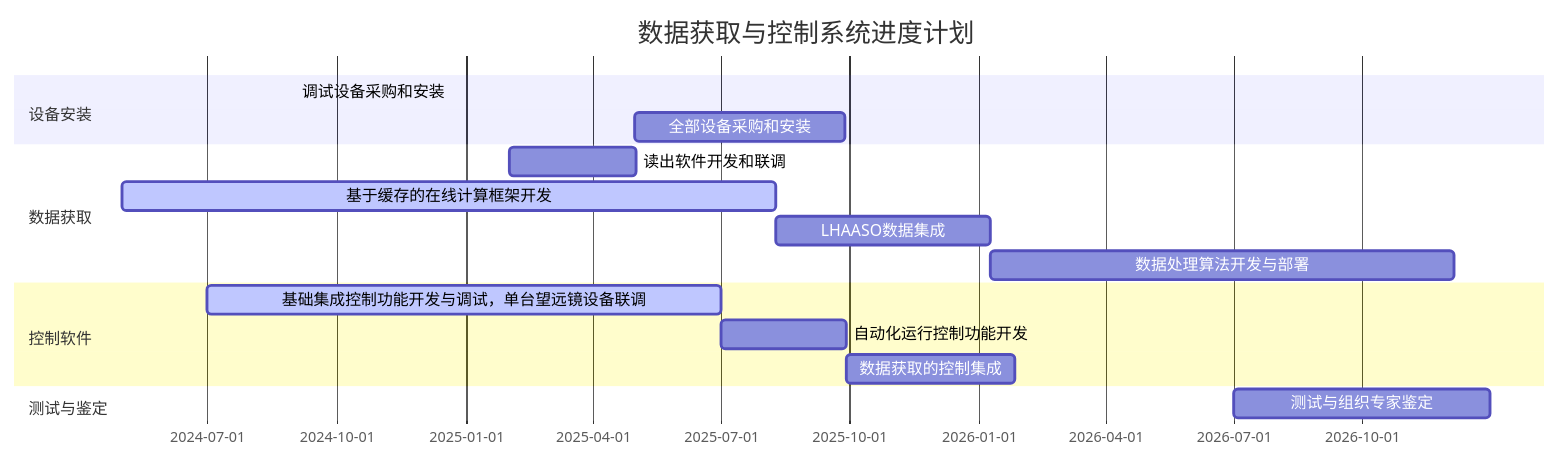
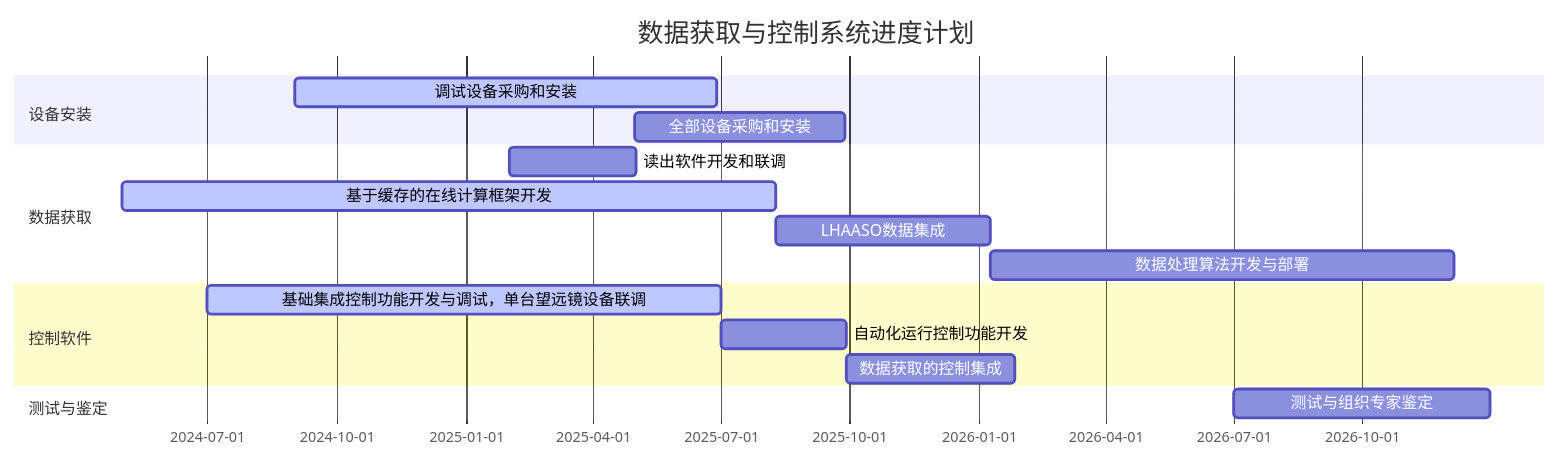
One commit to gumh/iodraw-files changed the diagram in all/未命名-1.md. Above: the diagram before and after it, drawn with Mermaid.

Commit message:
2025-01-19 14:01:07 update

````diff
--- a/all/未命名-1.md
+++ b/all/未命名-1.md
@@ -1,21 +1,21 @@
 ```mermaid
 gantt
     title 数据获取与控制系统进度计划
     dateFormat YYYY-MM-DD
     todayMarker stroke-width:5px,stroke:#0f0,opacity:0.5
     
     section 设备安装
-    调试设备采购和安装 :active, 2024-09-01, 2024
+    调试设备采购和安装 :active, 2024-09-01, 300d
     全部设备采购和安装 :2025-05-01, 150d
     section 数据获取
     读出软件开发和联调 :2025-02-01, 90d
     基于缓存的在线计算框架开发 :active, b2, 2024-05-01, 465d
     LHAASO数据集成 :b3, after b2, 153d
     数据处理算法开发与部署 :after b3, 330d
     section 控制软件
     基础集成控制功能开发与调试，单台望远镜设备联调 :active, c1, 2024-07-01, 365d
     自动化运行控制功能开发 :c2, after c1, 90d
     数据获取的控制集成 :c3, after c2, 120d
     section 测试与鉴定
     测试与组织专家鉴定 :2026-07-01, 2026-12-31
 ```
````
